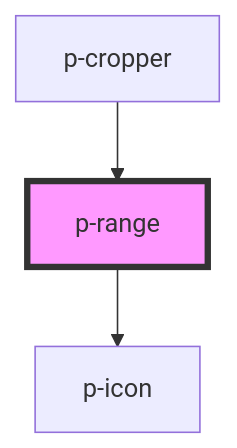
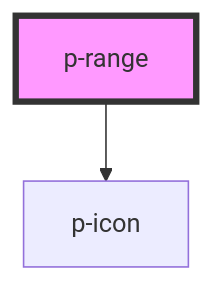
The diagram in packages/core/src/components/molecules/range/readme.md (Employes/Paperless), drawn with Mermaid before and after one commit. The commit also changed other lines of this file and 13 other files, not shown here.

````diff
--- a/packages/core/src/components/molecules/range/readme.md
+++ b/packages/core/src/components/molecules/range/readme.md
@@ -34,6 +30,5 @@
 ```mermaid
 graph TD;
   p-range --> p-icon
-  p-cropper --> p-range
   style p-range fill:#f9f,stroke:#333,stroke-width:4px
 ```
````
